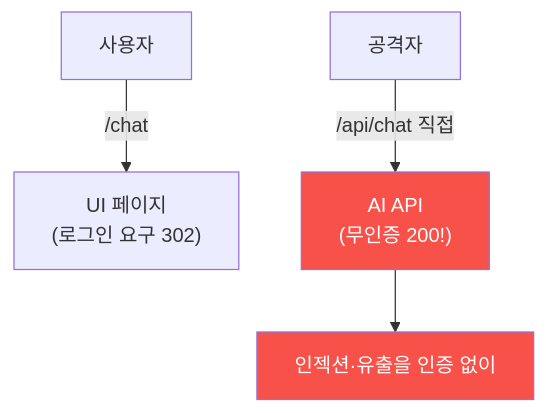
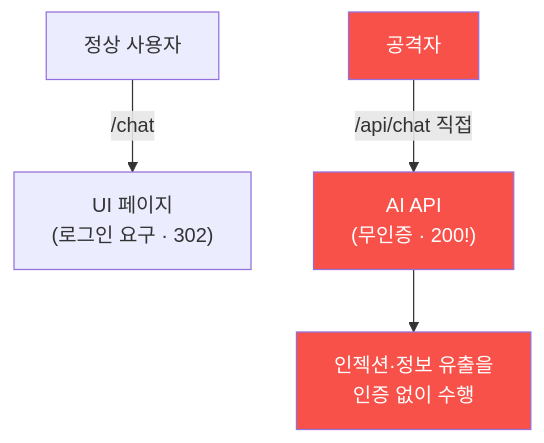
The diagram in contents/training/ai-service-pentest/lecture_week09.md (mrgrit/tw2), drawn with Mermaid before and after one commit. The commit also changed other lines of this file, not shown here.

````diff
--- a/contents/training/ai-service-pentest/lecture_week09.md
+++ b/contents/training/ai-service-pentest/lecture_week09.md
@@ -54,8 +55,9 @@
 ```mermaid
 graph TD
-    U["사용자"] -->|/chat| UI["UI 페이지<br/>(로그인 요구 302)"]
-    ATK["공격자"] -->|/api/chat 직접| API["AI API<br/>(무인증 200!)"]
-    API --> X["인젝션·유출을 인증 없이"]
+    U["정상 사용자"] -->|"/chat"| UI["UI 페이지<br/>(로그인 요구 · 302)"]
+    ATK["공격자"] -->|"/api/chat 직접"| API["AI API<br/>(무인증 · 200!)"]
+    API --> X["인젝션·정보 유출을<br/>인증 없이 수행"]
+    style ATK fill:#f85149,color:#fff
     style API fill:#f85149,color:#fff
     style X fill:#f85149,color:#fff
 ```
````
